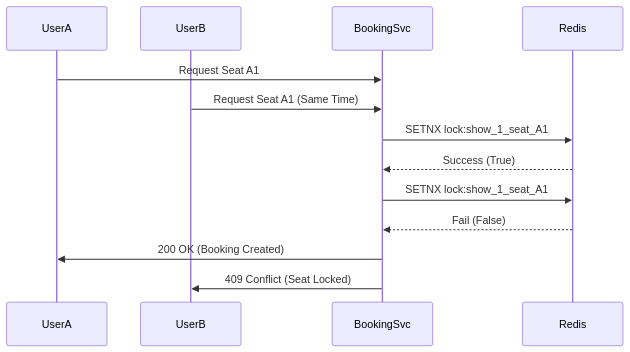
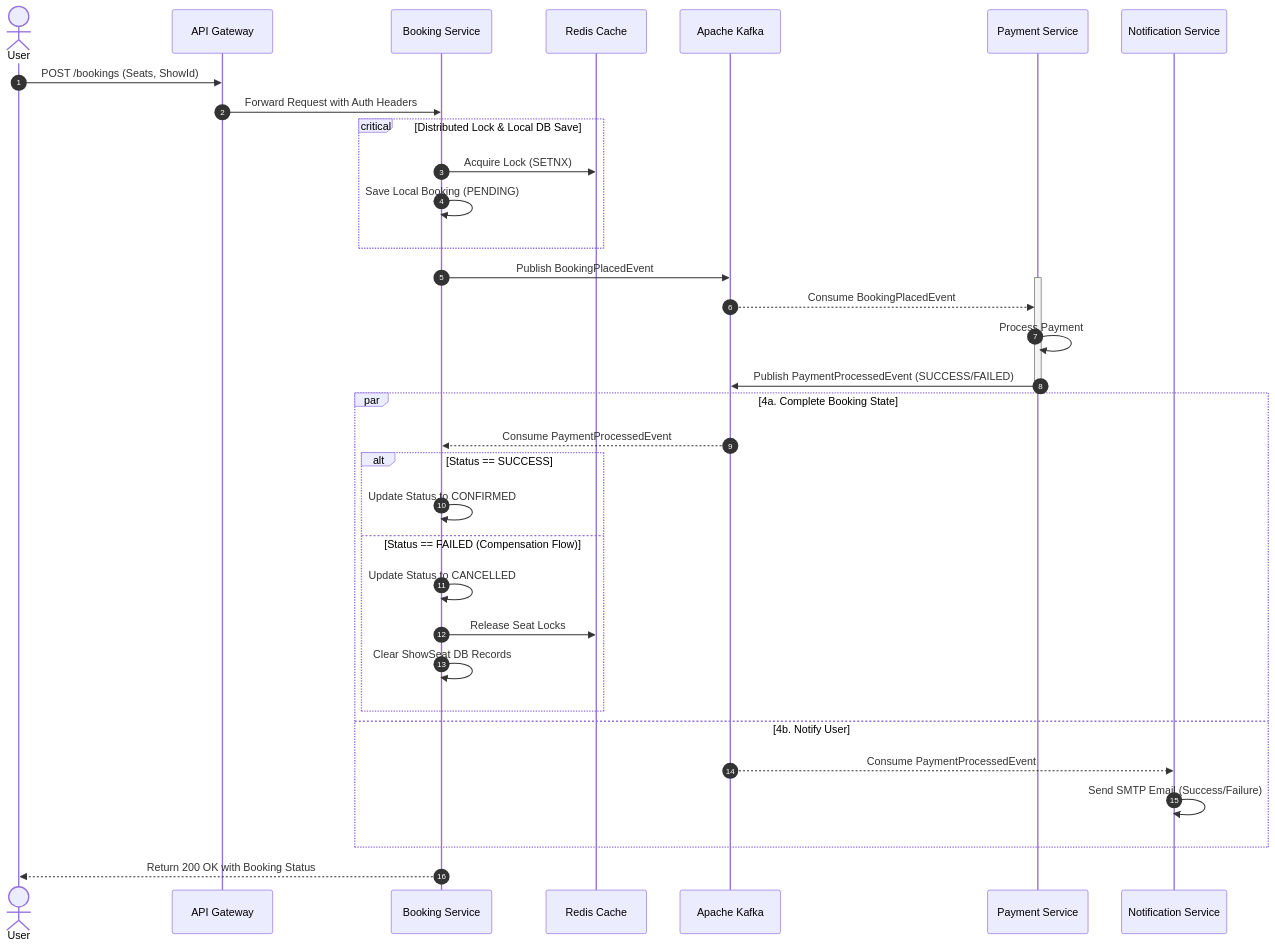
One commit to jayantt23/ticket-hub changed the second of 2 diagrams in README.md. Above: the diagram before and after it, drawn with Mermaid. The commit also changed other lines of this file, not shown here.

````diff
--- a/README.md
+++ b/README.md
@@ -94,19 +74,44 @@
 ```mermaid
 sequenceDiagram
-    participant UserA
-    participant UserB
-    participant BookingSvc
-    participant Redis
+    autonumber
+    actor User
+    participant Gateway as API Gateway
+    participant BookingSvc as Booking Service
+    participant Redis as Redis Cache
+    participant Kafka as Apache Kafka
+    participant PaymentSvc as Payment Service
+    participant NotifSvc as Notification Service
 
-    UserA->>BookingSvc: Request Seat A1
-    UserB->>BookingSvc: Request Seat A1 (Same Time)
+    User->>Gateway: POST /bookings (Seats, ShowId)
+    Gateway->>BookingSvc: Forward Request with Auth Headers
+    
+    critical Distributed Lock & Local DB Save
+        BookingSvc->>Redis: Acquire Lock (SETNX)
+        BookingSvc->>BookingSvc: Save Local Booking (PENDING)
+    end
 
-    BookingSvc->>Redis: SETNX lock:show_1_seat_A1
-    Redis-->>BookingSvc: Success (True)
+    BookingSvc->>Kafka: Publish BookingPlacedEvent
+    
+    activate PaymentSvc
+    Kafka-->>PaymentSvc: Consume BookingPlacedEvent
+    PaymentSvc->>PaymentSvc: Process Payment
+    PaymentSvc->>Kafka: Publish PaymentProcessedEvent (SUCCESS/FAILED)
+    deactivate PaymentSvc
 
-    BookingSvc->>Redis: SETNX lock:show_1_seat_A1
-    Redis-->>BookingSvc: Fail (False)
+    par 4a. Complete Booking State
+        Kafka-->>BookingSvc: Consume PaymentProcessedEvent
+        alt Status == SUCCESS
+            BookingSvc->>BookingSvc: Update Status to CONFIRMED
+        else Status == FAILED (Compensation Flow)
+            BookingSvc->>BookingSvc: Update Status to CANCELLED
+            BookingSvc->>Redis: Release Seat Locks
+            BookingSvc->>BookingSvc: Clear ShowSeat DB Records
+        end
+    and 4b. Notify User
+        Kafka-->>NotifSvc: Consume PaymentProcessedEvent
+        NotifSvc->>NotifSvc: Send SMTP Email (Success/Failure)
+    end
 
-    BookingSvc->>UserA: 200 OK (Booking Created)
-    BookingSvc->>UserB: 409 Conflict (Seat Locked)
+    BookingSvc-->>User: Return 200 OK with Booking Status
+
 ```
````
